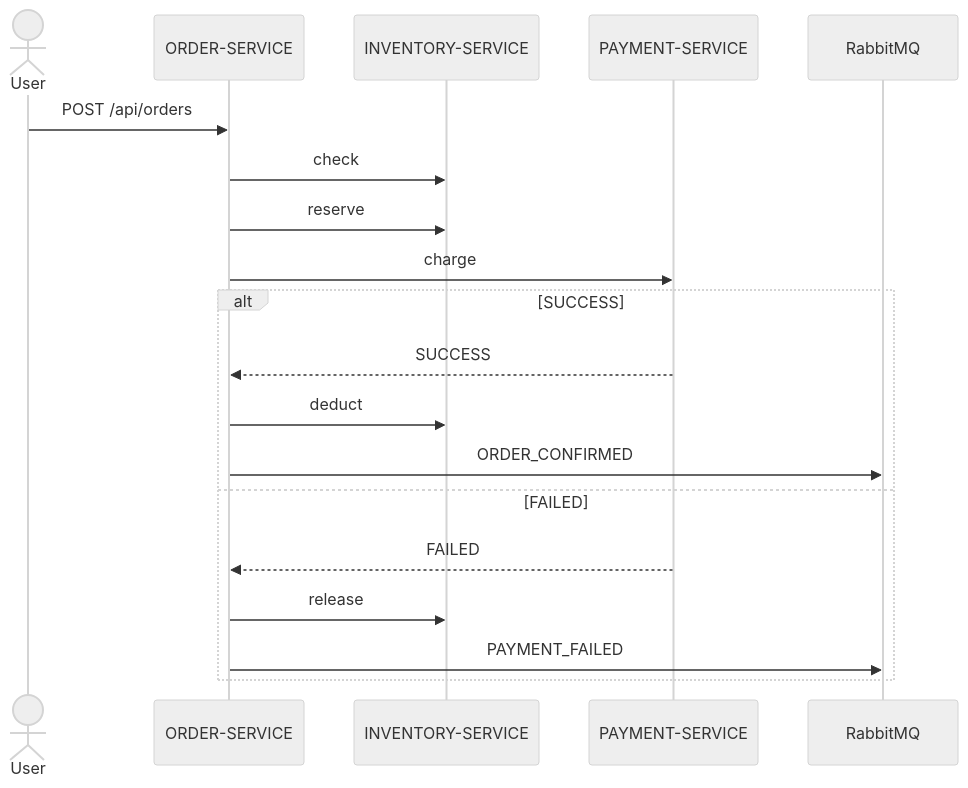
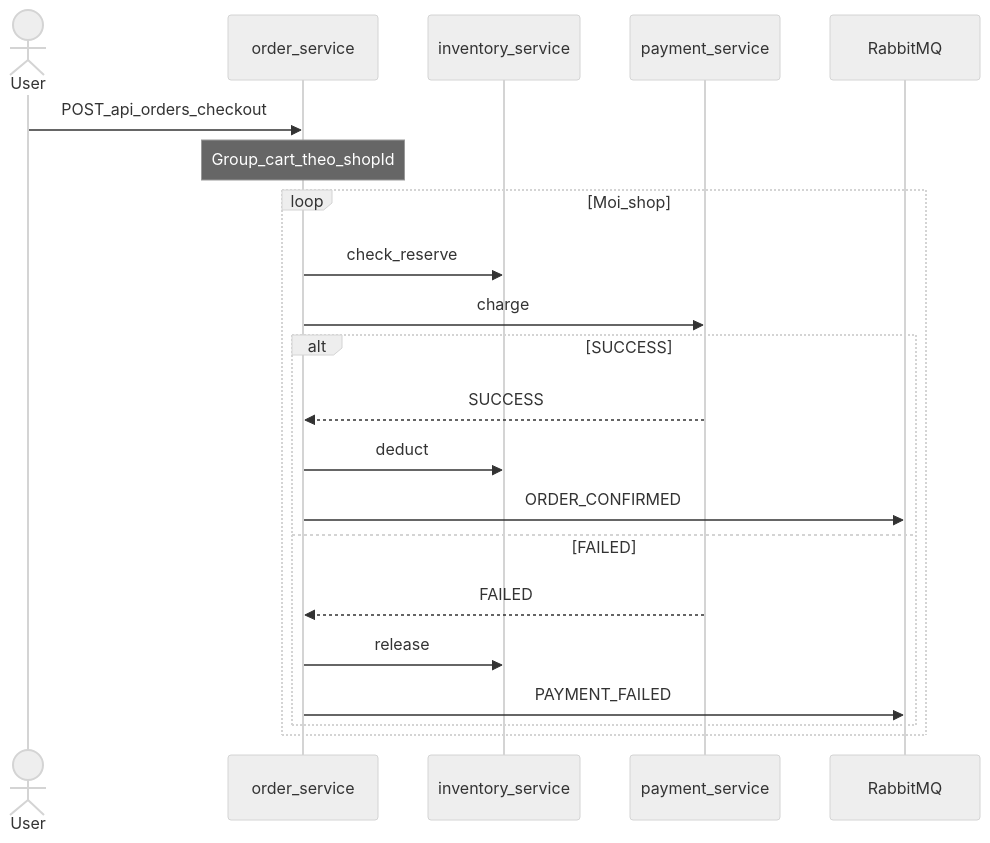
One commit to trinhvanhai1994/GTVT_ecommerce changed diagram 14 of 16 in BAO-CAO-DO-AN.md. Above: the diagram before and after it, drawn with Mermaid (neutral theme). The commit also changed other lines of this file and 99 other files, not shown here.

````diff
--- a/BAO-CAO-DO-AN.md
+++ b/BAO-CAO-DO-AN.md
@@ -413,22 +716,24 @@
 ```mermaid
 sequenceDiagram
   actor User
-  participant ORD as ORDER-SERVICE
-  participant INV as INVENTORY-SERVICE
-  participant PAY as PAYMENT-SERVICE
+  participant ORD as order_service
+  participant INV as inventory_service
+  participant PAY as payment_service
   participant MQ as RabbitMQ
 
-  User->>ORD: POST /api/orders
-  ORD->>INV: check
-  ORD->>INV: reserve
-  ORD->>PAY: charge
-  alt SUCCESS
-    PAY-->>ORD: SUCCESS
-    ORD->>INV: deduct
-    ORD->>MQ: ORDER_CONFIRMED
-  else FAILED
-    PAY-->>ORD: FAILED
-    ORD->>INV: release
-    ORD->>MQ: PAYMENT_FAILED
+  User->>ORD: POST_api_orders_checkout
+  Note over ORD: Group_cart_theo_shopId
+  loop Moi_shop
+    ORD->>INV: check_reserve
+    ORD->>PAY: charge
+    alt SUCCESS
+      PAY-->>ORD: SUCCESS
+      ORD->>INV: deduct
+      ORD->>MQ: ORDER_CONFIRMED
+    else FAILED
+      PAY-->>ORD: FAILED
+      ORD->>INV: release
+      ORD->>MQ: PAYMENT_FAILED
+    end
   end
 ```
````
